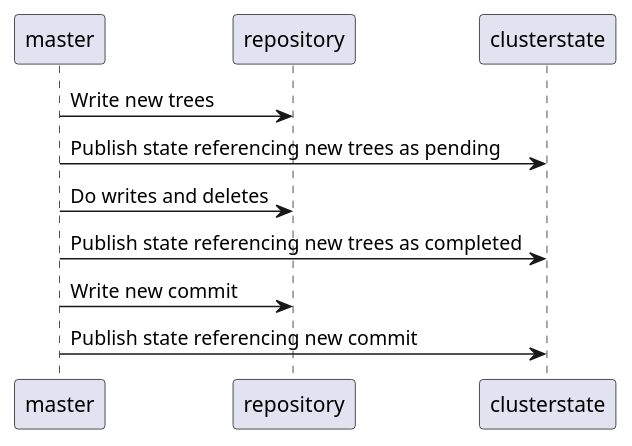
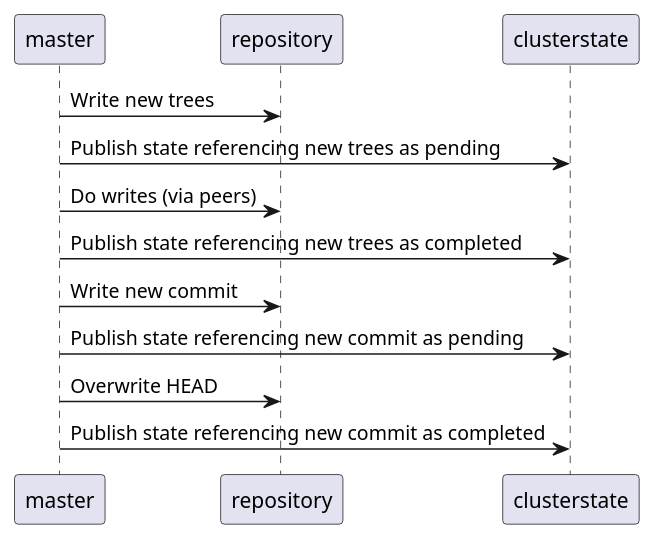
The diagram in general.puml (original-brownbear/elasticsearch), drawn with PlantUML before and after one commit. The commit also changed 1 other file, not shown here.

Commit message:
aio diagram

```diff
--- a/general.puml
+++ b/general.puml
@@ -1,9 +1,12 @@
 @startuml
 
 master -> repository: Write new trees
 master -> clusterstate: Publish state referencing new trees as pending
-master -> repository: Do writes and deletes
+master -> repository: Do writes (via peers)
 master -> clusterstate: Publish state referencing new trees as completed
 master -> repository: Write new commit
-master -> clusterstate: Publish state referencing new commit
+master -> clusterstate: Publish state referencing new commit as pending
+master -> repository: Overwrite HEAD
+master -> clusterstate: Publish state referencing new commit as completed
+
 @enduml
```
